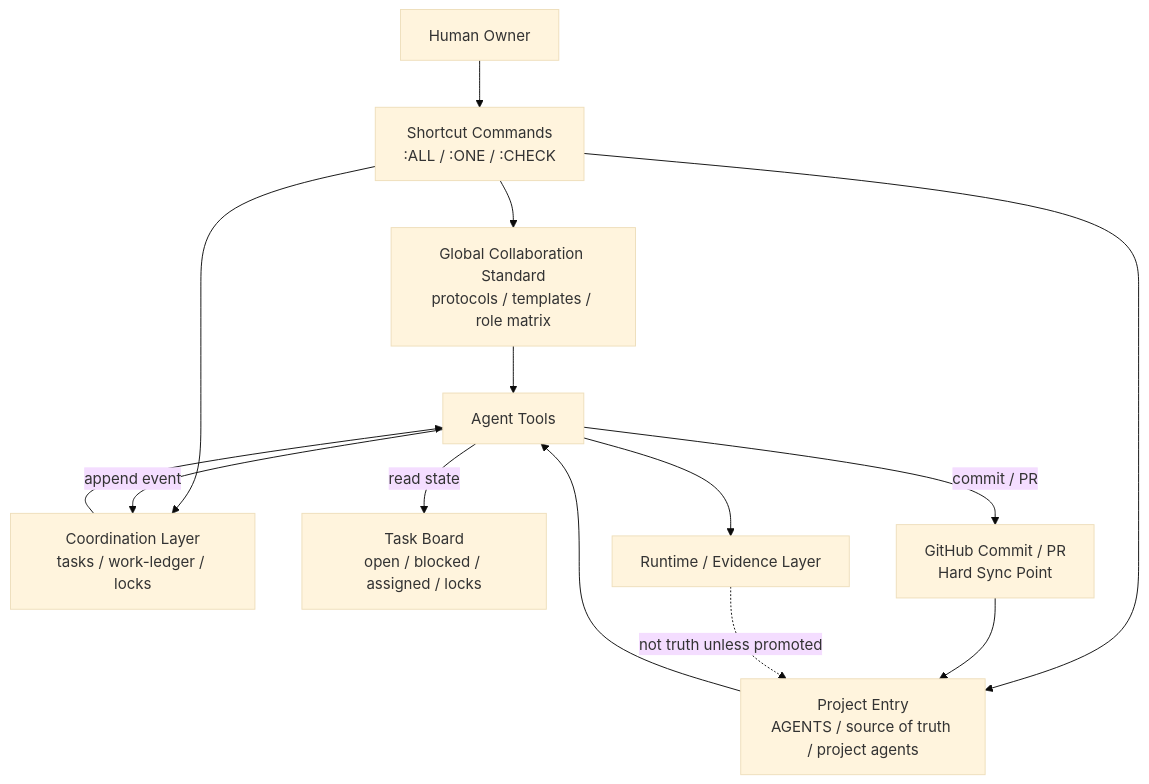
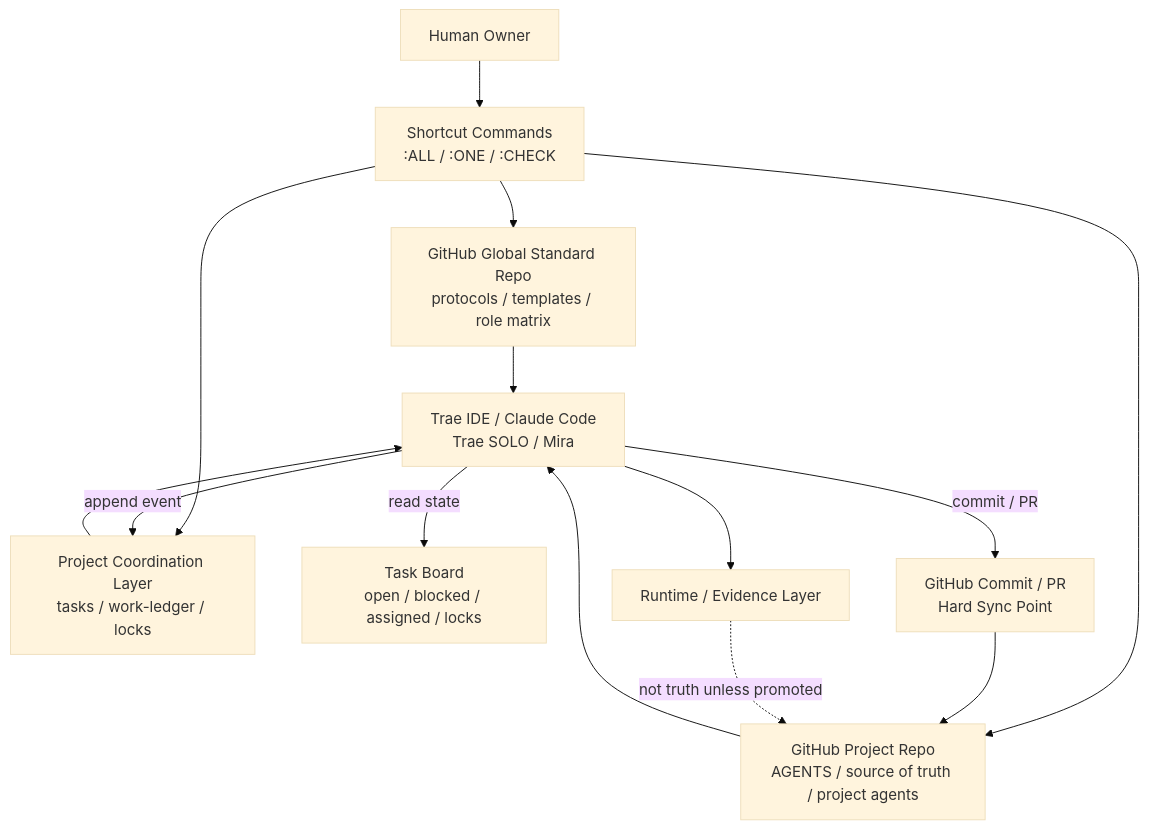
One commit to lyosvne/agent-collaboration-standard changed the first of 2 diagrams in docs/multi-agent-collaboration-operating-system.md. Above: the diagram before and after it, drawn with Mermaid (base theme). The commit also changed other lines of this file, not shown here.

Commit message:
docs: clarify collaboration overview tool names

````diff
--- a/docs/multi-agent-collaboration-operating-system.md
+++ b/docs/multi-agent-collaboration-operating-system.md
@@ -35,20 +35,20 @@
 ```mermaid
 flowchart TB
   Human[Human Owner] --> Command[Shortcut Commands\n:ALL / :ONE / :CHECK]
 
-  Command --> Global[Global Collaboration Standard\nprotocols / templates / role matrix]
-  Command --> Project[Project Entry\nAGENTS / source of truth / project agents]
-  Command --> Coordination[Coordination Layer\ntasks / work-ledger / locks]
+  Command --> Global[GitHub Global Standard Repo\nprotocols / templates / role matrix]
+  Command --> Project[GitHub Project Repo\nAGENTS / source of truth / project agents]
+  Command --> Coordination[Project Coordination Layer\ntasks / work-ledger / locks]
 
-  Global --> Agents[Agent Tools]
+  Global --> Agents[Trae IDE / Claude Code\nTrae SOLO / Mira]
   Project --> Agents
   Coordination --> Agents
 
   Agents -->|read state| TaskBoard[Task Board\nopen / blocked / assigned / locks]
   Agents -->|append event| Coordination
   Agents -->|commit / PR| GitTruth[GitHub Commit / PR\nHard Sync Point]
   GitTruth --> Project
 
   Agents --> Runtime[Runtime / Evidence Layer]
   Runtime -.not truth unless promoted.-> Project
 ```
````
